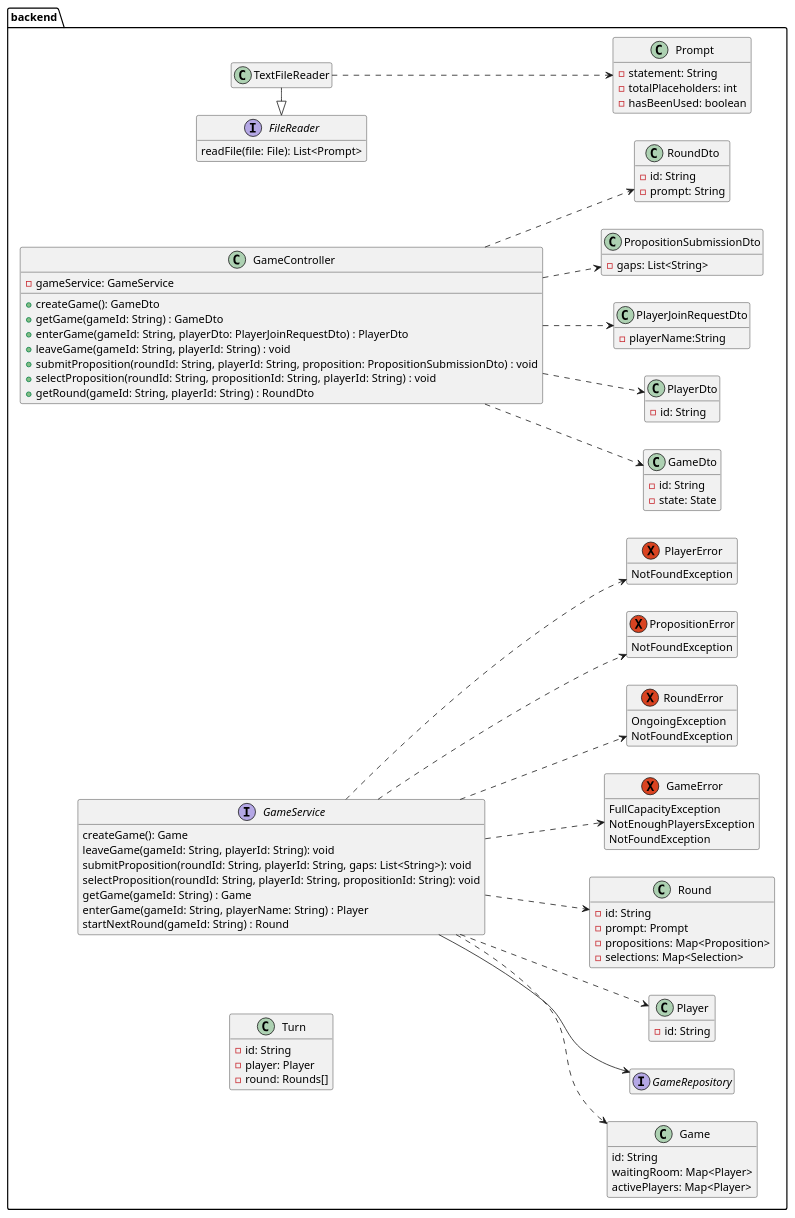
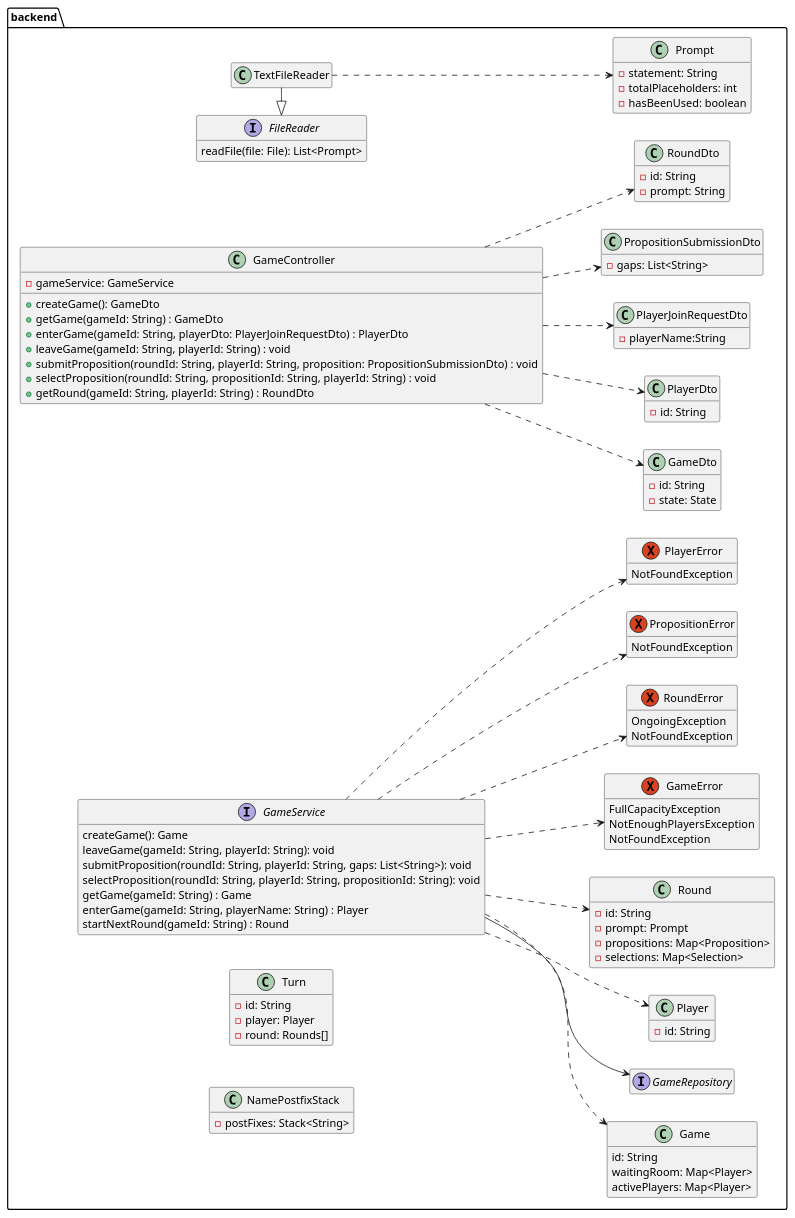
One commit to patrickwinti/worldwidewalter changed the diagram in docs/diagrams/class_diagramm.plantuml. Above: the diagram before and after it, drawn with PlantUML. The commit also changed 3 other files, not shown here.

Commit message:
renamed NamePostFixStack and added it to UML

```diff
--- a/docs/diagrams/class_diagramm.plantuml
+++ b/docs/diagrams/class_diagramm.plantuml
@@ -1,109 +1,112 @@
 @startuml
 package backend{
     left to right direction
 
     hide empty members
     class GameController {
         -gameService: GameService
         +createGame(): GameDto
         +getGame(gameId: String) : GameDto
         +enterGame(gameId: String, playerDto: PlayerJoinRequestDto) : PlayerDto
         +leaveGame(gameId: String, playerId: String) : void
         +submitProposition(roundId: String, playerId: String, proposition: PropositionSubmissionDto) : void
         +selectProposition(roundId: String, propositionId: String, playerId: String) : void
         +getRound(gameId: String, playerId: String) : RoundDto
     }
     class GameDto {
         -id: String
         -state: State
     }
     class Game {
         id: String
         waitingRoom: Map<Player>
         activePlayers: Map<Player>
     }
     class Prompt{
         -statement: String
         -totalPlaceholders: int
         -hasBeenUsed: boolean
     }
 
     interface GameService{
        createGame(): Game
        leaveGame(gameId: String, playerId: String): void
        submitProposition(roundId: String, playerId: String, gaps: List<String>): void
        selectProposition(roundId: String, playerId: String, propositionId: String): void
        getGame(gameId: String) : Game
        enterGame(gameId: String, playerName: String) : Player
        startNextRound(gameId: String) : Round
     }
     interface GameRepository
     class PlayerDto {
         -id: String
     }
     class PlayerJoinRequestDto {
         -playerName:String
     }
     class PropositionSubmissionDto {
         -gaps: List<String>
     }
     class RoundDto {
         -id: String
         -prompt: String
     }
     class Player {
         -id: String
     }
     class Turn {
         -id: String
         -player: Player
         -round: Rounds[]
     }
     class Round {
         -id: String
         -prompt: Prompt
         -propositions: Map<Proposition>
         -selections: Map<Selection>
     }
+    class NamePostfixStack {
+        -postFixes: Stack<String>
+    }
     exception GameError {
         FullCapacityException
         NotEnoughPlayersException
         NotFoundException
     }
     exception RoundError {
         OngoingException
         NotFoundException
     }
     exception PropositionError {
         NotFoundException
     }
     exception PlayerError {
         NotFoundException
     }
 
     interface FileReader{
         readFile(file: File): List<Prompt>
     }
 
     class TextFileReader
 
     GameController..>PlayerDto
     GameController..>PlayerJoinRequestDto
     GameController..>PropositionSubmissionDto
     GameController..>RoundDto
     GameController ..> GameDto
 
     GameService ..> Game
     GameService ..> Round
     GameService ..> Player
     GameService ..> GameError
     GameService ..> RoundError
     GameService ..> PlayerError
     GameService ..> PropositionError
     GameService --> GameRepository
 
     TextFileReader ..> Prompt
 }
 
     FileReader<|-TextFileReader
 @enduml
```
